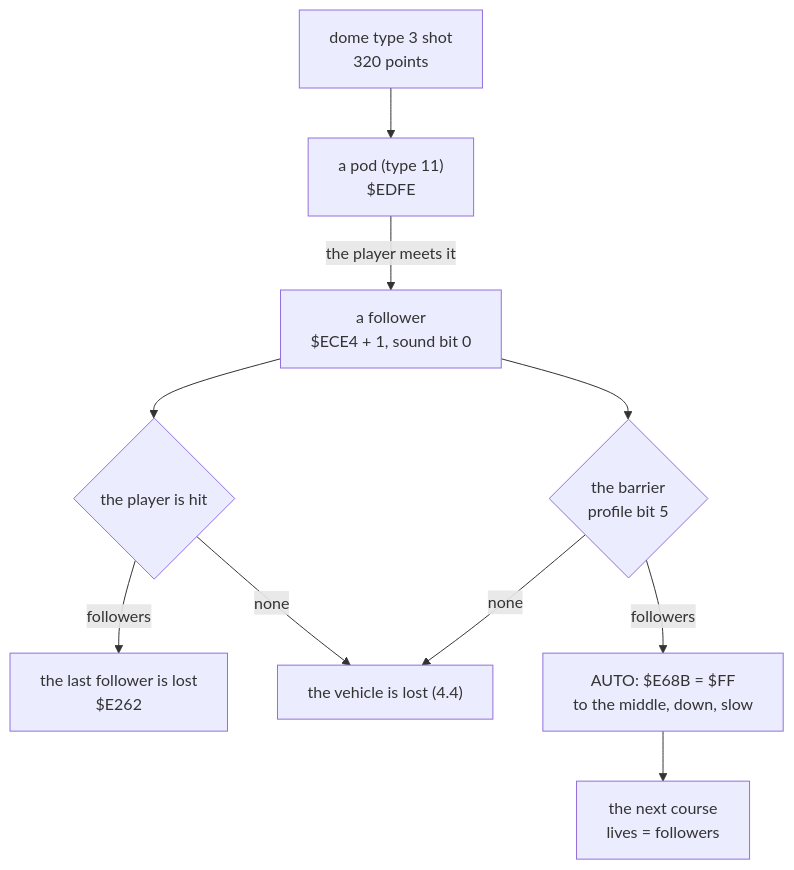
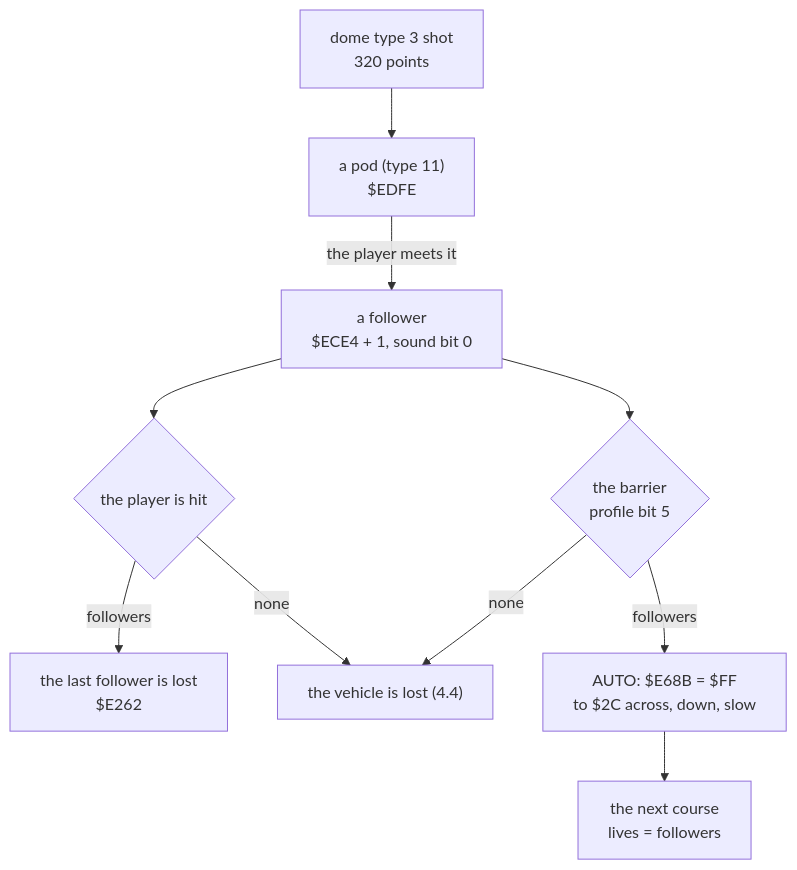
Before and after one commit to alfishe/unrealng-reverse-cases: the second of 2 diagrams in hate/docs/10-gameplay-logic.md, drawn with Mermaid. The commit also changed other lines of this file and 17 other files, not shown here.

````diff
--- a/hate/docs/10-gameplay-logic.md
+++ b/hate/docs/10-gameplay-logic.md
@@ -138,12 +139,12 @@
 ```mermaid
 flowchart TD
     D["dome type 3 shot<br/>320 points"] --> P["a pod (type 11)<br/>$EDFE"]
     P -->|the player meets it| F["a follower<br/>$ECE4 + 1, sound bit 0"]
     F --> S{"the player is hit"}
     S -->|followers| L1["the last follower is lost<br/>$E262"]
     S -->|none| X["the vehicle is lost (4.4)"]
     F --> B{"the barrier<br/>profile bit 5"}
-    B -->|followers| A["AUTO: $E68B = $FF<br/>to the middle, down, slow"]
+    B -->|followers| A["AUTO: $E68B = $FF<br/>to $2C across, down, slow"]
     B -->|none| X
     A --> N["the next course<br/>lives = followers"]
 ```
````
